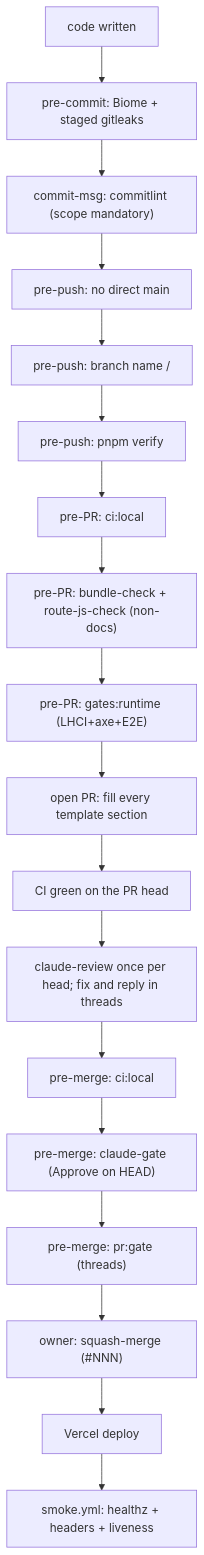
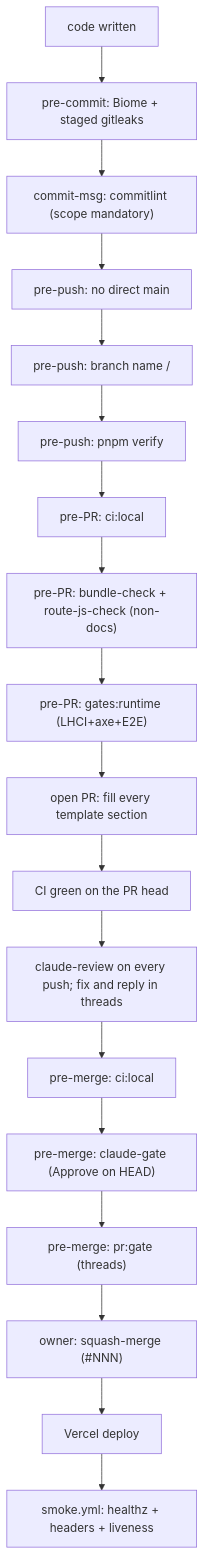
One commit to erikunha/portfolio changed the first of 2 diagrams in docs/handbook/review-merge-release.md. Above: the diagram before and after it, drawn with Mermaid. The commit also changed other lines of this file and 2 other files, not shown here.

Commit message:
docs(workflow): request claude-review on every push
Owner rule: each new PR head gets its review right after the push, not after CI.

One request per head and none while a run is in flight, since a second cancels it.

````diff
--- a/docs/handbook/review-merge-release.md
+++ b/docs/handbook/review-merge-release.md
@@ -7,20 +7,20 @@
 ```mermaid
 flowchart TD
     write["code written"] --> c1["pre-commit: Biome + staged gitleaks"]
     c1 --> c2["commit-msg: commitlint (scope mandatory)"]
     c2 --> p1["pre-push: no direct main"]
     p1 --> p2["pre-push: branch name <type>/<desc>"]
     p2 --> p5["pre-push: pnpm verify"]
     p5 --> r1["pre-PR: ci:local"]
     r1 --> r2["pre-PR: bundle-check + route-js-check (non-docs)"]
     r2 --> r4["pre-PR: gates:runtime (LHCI+axe+E2E)"]
     r4 --> o1["open PR: fill every template section"]
     o1 --> o1b["CI green on the PR head"]
-    o1b --> o2["claude-review once per head; fix and reply in threads"]
+    o1b --> o2["claude-review on every push; fix and reply in threads"]
     o2 --> m1["pre-merge: ci:local"]
     m1 --> m3["pre-merge: claude-gate (Approve on HEAD)"]
     m3 --> m4["pre-merge: pr:gate (threads)"]
     m4 --> merge["owner: squash-merge (#NNN)"]
     merge --> deploy["Vercel deploy"]
     deploy --> smoke["smoke.yml: healthz + headers + liveness"]
 ```
````
